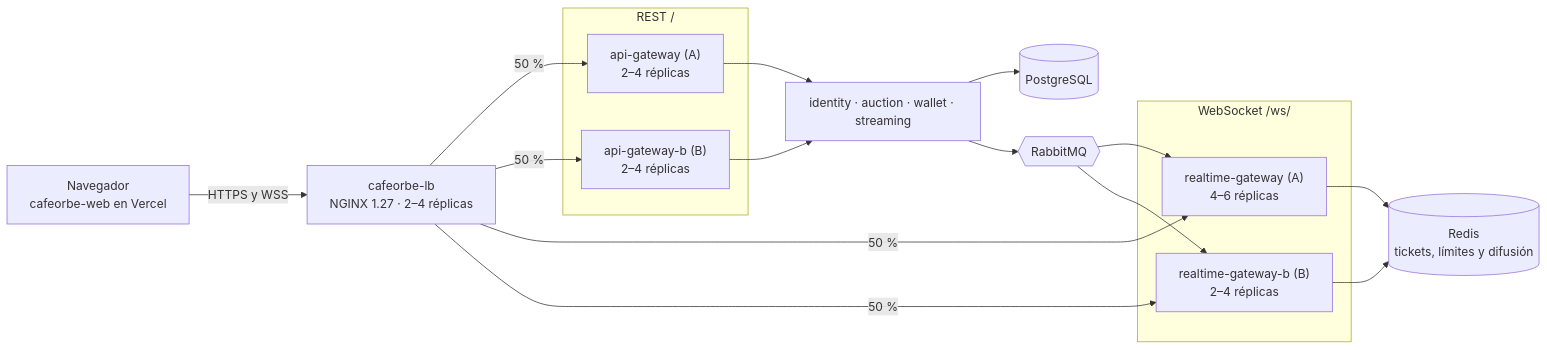
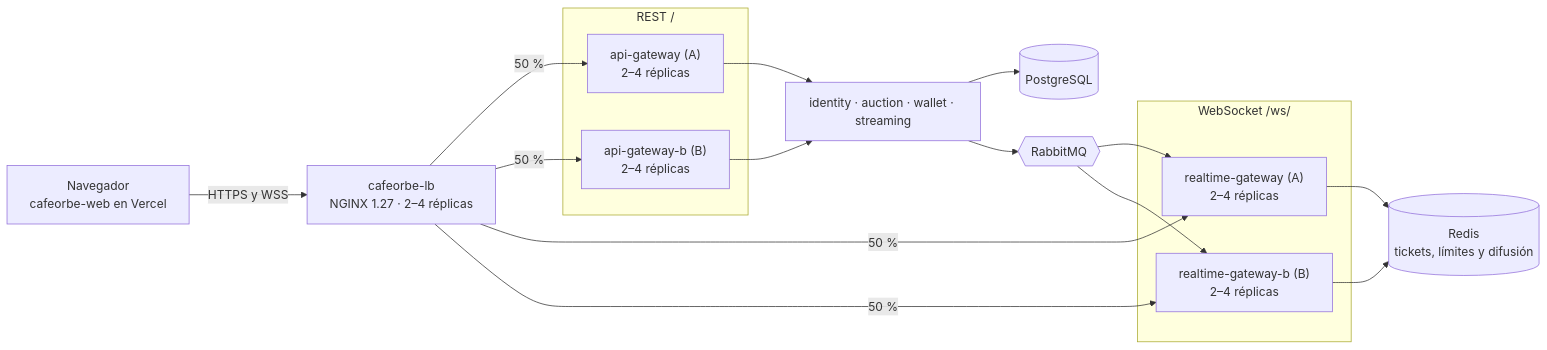
Before and after one commit to CafeOrbe/cafeorbe-infra: the second of 2 diagrams in docs/BALANCEADOR.md, drawn with Mermaid. The commit also changed other lines of this file and 3 other files, not shown here.

````diff
--- a/docs/BALANCEADOR.md
+++ b/docs/BALANCEADOR.md
@@ -147,21 +147,21 @@
 ```mermaid
 flowchart LR
     web["Navegador<br/>cafeorbe-web en Vercel"] -->|"HTTPS y WSS"| lb["cafeorbe-lb<br/>NGINX 1.27 · 2–4 réplicas"]
     subgraph rest["REST /"]
         a1["api-gateway (A)<br/>2–4 réplicas"]
         b1["api-gateway-b (B)<br/>2–4 réplicas"]
     end
     subgraph ws["WebSocket /ws/"]
-        a2["realtime-gateway (A)<br/>4–6 réplicas"]
+        a2["realtime-gateway (A)<br/>2–4 réplicas"]
         b2["realtime-gateway-b (B)<br/>2–4 réplicas"]
     end
     lb -->|50 %| a1
     lb -->|50 %| b1
     lb -->|50 %| a2
     lb -->|50 %| b2
     a1 & b1 --> svc["identity · auction · wallet · streaming"]
     a2 & b2 --> rd[("Redis<br/>tickets, límites y difusión")]
     svc --> pg[("PostgreSQL")]
     svc --> mq{{"RabbitMQ"}}
     mq --> a2 & b2
 ```
````
